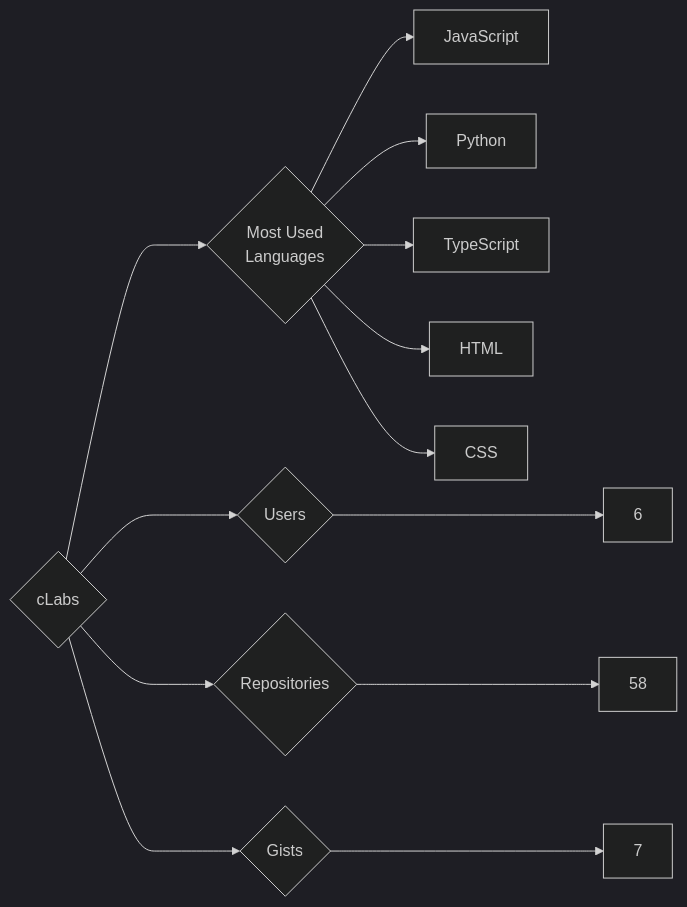
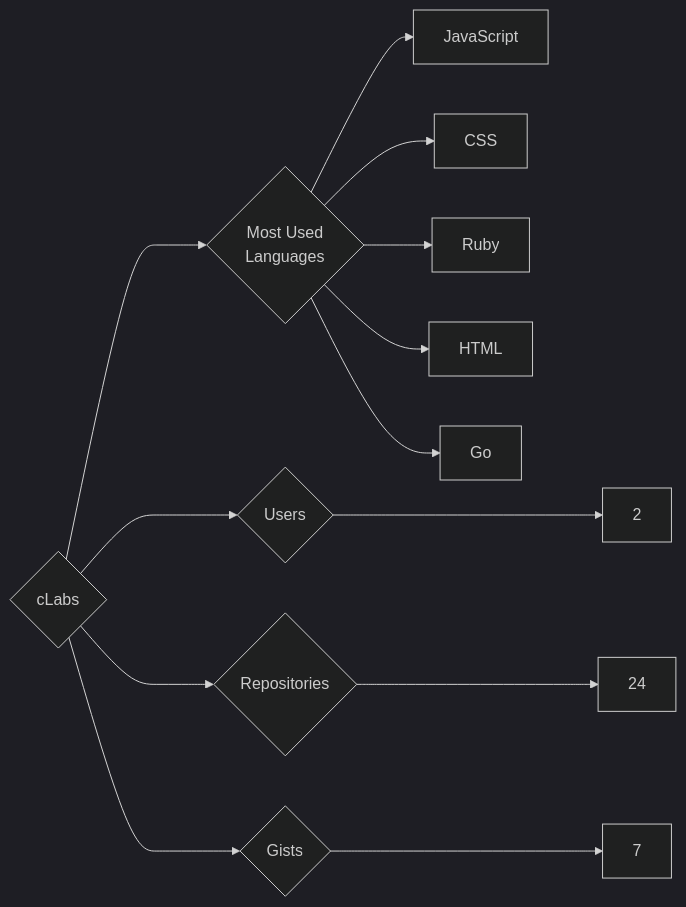
Before and after one commit to trickest/insiders: the diagram in targets/cLabs/README.md, drawn with Mermaid (dark theme). The commit also changed 857 other files, not shown here.

````diff
--- a/targets/cLabs/README.md
+++ b/targets/cLabs/README.md
@@ -3,13 +3,13 @@
 ```mermaid
 graph LR
 COMPANY_NAME{cLabs}
-COMPANY_NAME ---> U{Users} ---> UN[6]
-COMPANY_NAME ---> R{Repositories} ---> RN[58]
+COMPANY_NAME ---> U{Users} ---> UN[2]
+COMPANY_NAME ---> R{Repositories} ---> RN[24]
 COMPANY_NAME ---> G{Gists} ---> GN[7]
 COMPANY_NAME ---> ML{Most Used<br>Languages}
 ML --> JavaScript[JavaScript]
-ML --> Python[Python]
-ML --> TypeScript[TypeScript]
+ML --> CSS[CSS]
+ML --> Ruby[Ruby]
 ML --> HTML[HTML]
-ML --> CSS[CSS]
+ML --> Go[Go]
 ```
````
